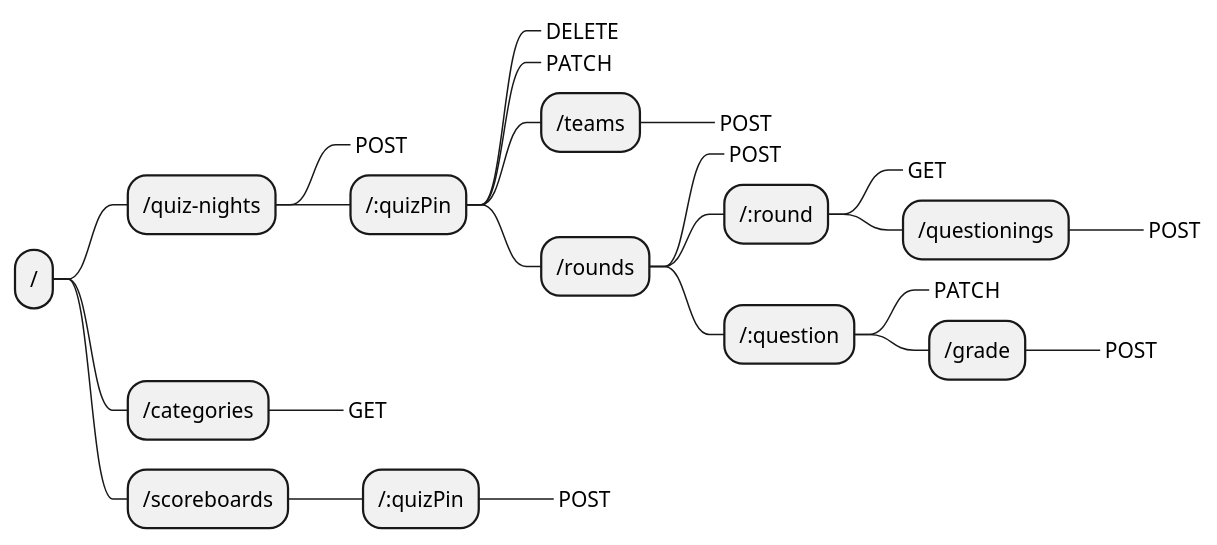
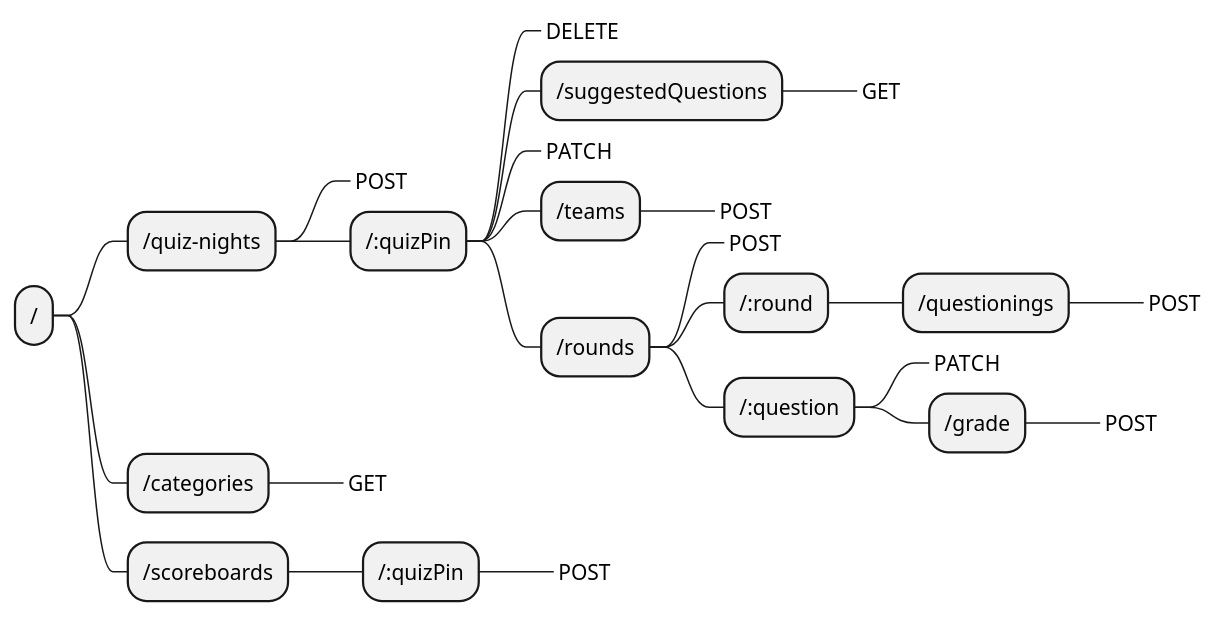
One commit to TomVermeer/dwaquiz changed the first of 2 diagrams in docs/apiDocs.md. Above: the diagram before and after it, drawn with PlantUML. The commit also changed other lines of this file and 4 other files, not shown here.

````diff
--- a/docs/apiDocs.md
+++ b/docs/apiDocs.md
@@ -19,27 +19,28 @@
 ```puml
 @startmindmap
 * /
  * /quiz-nights
   *_ POST
   * /:quizPin
    *_ DELETE
+   * /suggestedQuestions
+    *_ GET
    *_ PATCH
    * /teams
     *_ POST
    * /rounds
     *_ POST
     * /:round
-     *_ GET
      * /questionings
       *_ POST
     * /:question
      *_ PATCH
      * /grade
       *_ POST
  * /categories
   *_ GET
  * /scoreboards
   * /:quizPin
    *_ POST
 @endmindmap
 ```
````
